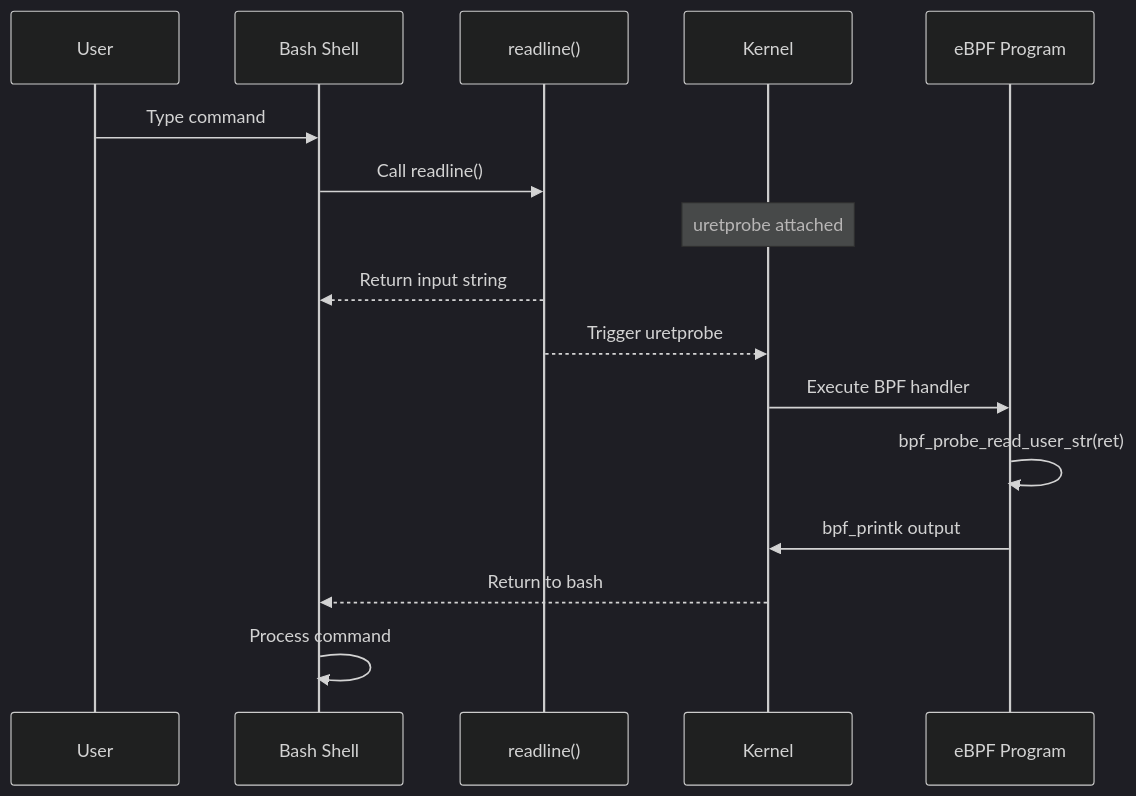
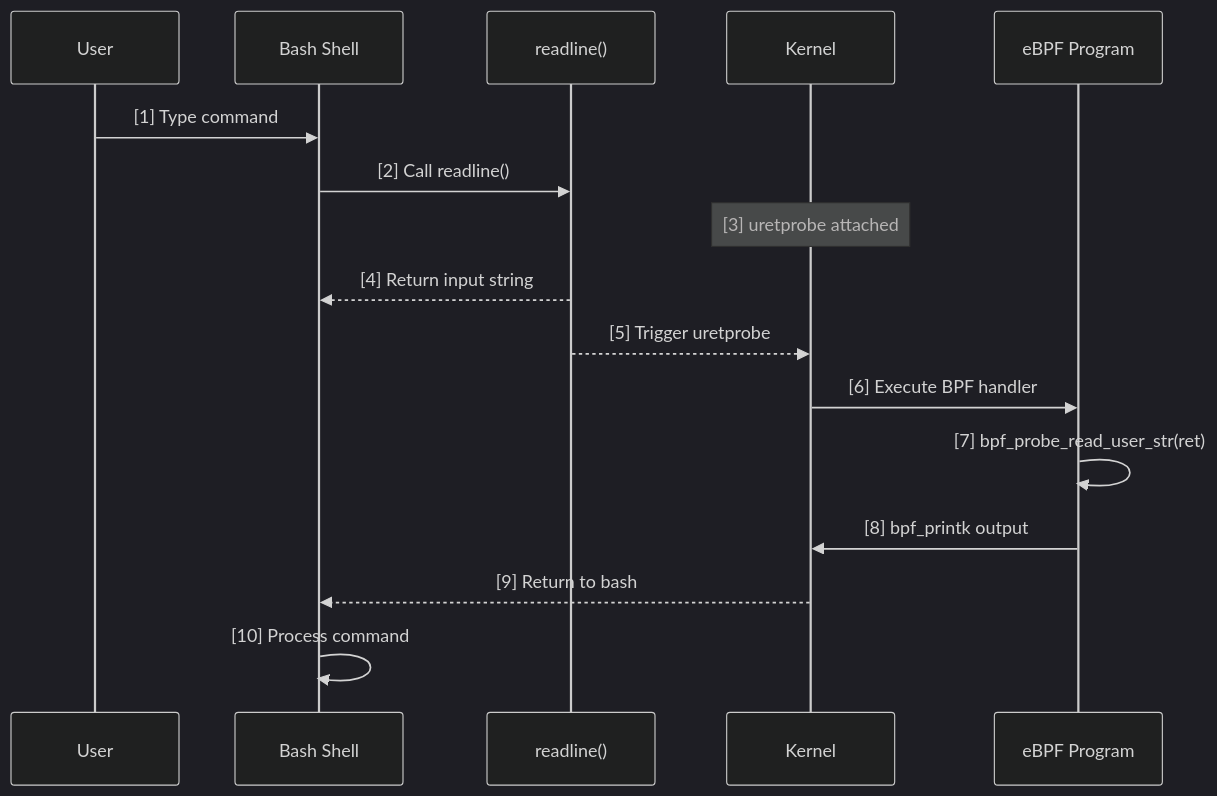
The second of 3 diagrams in Atlas/Dots/Things/eBPF/eBPF Tutorial - Uprobe Bashreadline.md (nizarakbarm/knowledge-pipeline), drawn with Mermaid (dark theme) before and after one commit. The commit also changed other lines of this file, not shown here.

````diff
--- a/Atlas/Dots/Things/eBPF/eBPF Tutorial - Uprobe Bashreadline.md
+++ b/Atlas/Dots/Things/eBPF/eBPF Tutorial - Uprobe Bashreadline.md
@@ -229,19 +229,19 @@
 ```mermaid
 sequenceDiagram
     participant U as User
     participant B as Bash Shell
     participant R as readline()
     participant K as Kernel
     participant E as eBPF Program
     
-    U->>B: Type command
-    B->>R: Call readline()
-    Note over K: uretprobe attached
-    R-->>B: Return input string
-    R-->>K: Trigger uretprobe
-    K->>E: Execute BPF handler
-    E->>E: bpf_probe_read_user_str(ret)
-    E->>K: bpf_printk output
-    K-->>B: Return to bash
-    B->>B: Process command
+    U->>B: [1] Type command
+    B->>R: [2] Call readline()
+    Note over K: [3] uretprobe attached
+    R-->>B: [4] Return input string
+    R-->>K: [5] Trigger uretprobe
+    K->>E: [6] Execute BPF handler
+    E->>E: [7] bpf_probe_read_user_str(ret)
+    E->>K: [8] bpf_printk output
+    K-->>B: [9] Return to bash
+    B->>B: [10] Process command
 ```
````
